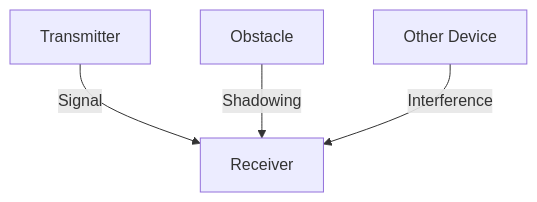
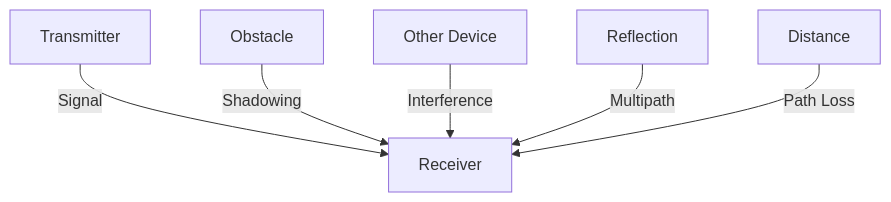
Before and after one commit to Attash2312/cntheory: the first of 2 diagrams in ch7/7.2_Wireless_Links_Characteristics.md, drawn with Mermaid. The commit also changed other lines of this file and 79 other files, not shown here.

````diff
--- a/ch7/7.2_Wireless_Links_Characteristics.md
+++ b/ch7/7.2_Wireless_Links_Characteristics.md
@@ -25,6 +130,8 @@
 ```mermaid
 graph TD
   A[Transmitter] -- Signal --> B[Receiver]
   C[Obstacle] -- Shadowing --> B
   D[Other Device] -- Interference --> B
+  E[Reflection] -- Multipath --> B
+  F[Distance] -- Path Loss --> B
 ```
````
